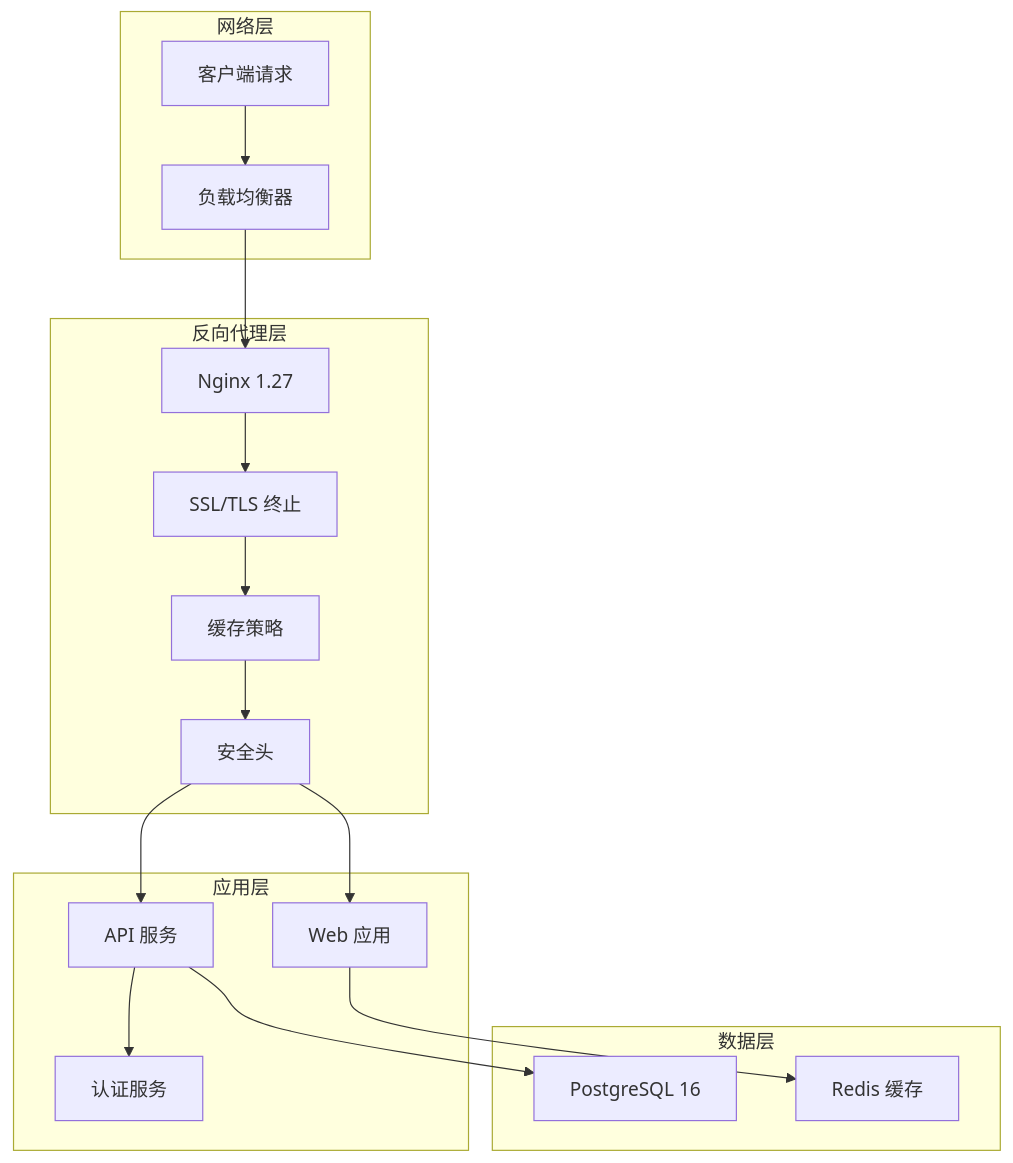
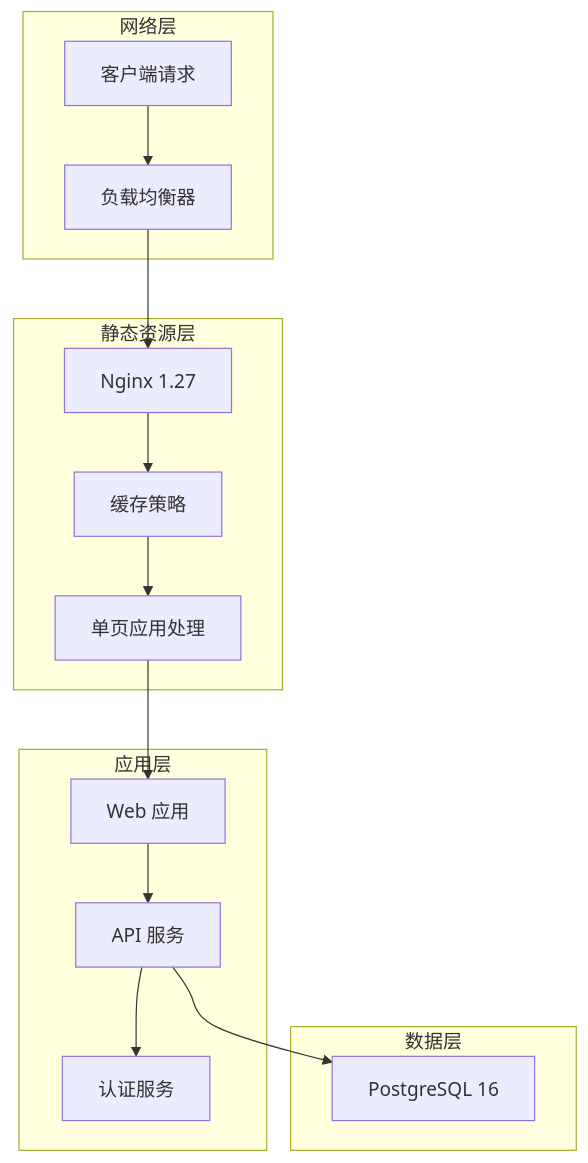
One commit to hanksd769-droid/sailshub changed the fourth of 7 diagrams in .qoder/repowiki/zh/content/部署与运维/Nginx 反向代理.md. Above: the diagram before and after it, drawn with Mermaid. The commit also changed other lines of this file and 6 other files, not shown here.

````diff
--- a/.qoder/repowiki/zh/content/部署与运维/Nginx 反向代理.md
+++ b/.qoder/repowiki/zh/content/部署与运维/Nginx 反向代理.md
@@ -144,32 +139,28 @@
 ```mermaid
 graph TB
 subgraph "网络层"
 Client[客户端请求]
 LoadBalancer[负载均衡器]
 end
-subgraph "反向代理层"
+subgraph "静态资源层"
 Nginx[Nginx 1.27]
-SSL[SSL/TLS 终止]
 Cache[缓存策略]
-Security[安全头]
+SPA[单页应用处理]
 end
 subgraph "应用层"
 WebApp[Web 应用]
 API[API 服务]
 Auth[认证服务]
 end
 subgraph "数据层"
 Postgres[PostgreSQL 16]
-Redis[Redis 缓存]
 end
 Client --> LoadBalancer
 LoadBalancer --> Nginx
-Nginx --> SSL
-SSL --> Cache
-Cache --> Security
-Security --> WebApp
-Security --> API
+Nginx --> Cache
+Cache --> SPA
+SPA --> WebApp
+WebApp --> API
 API --> Auth
 API --> Postgres
-WebApp --> Redis
 ```
````
